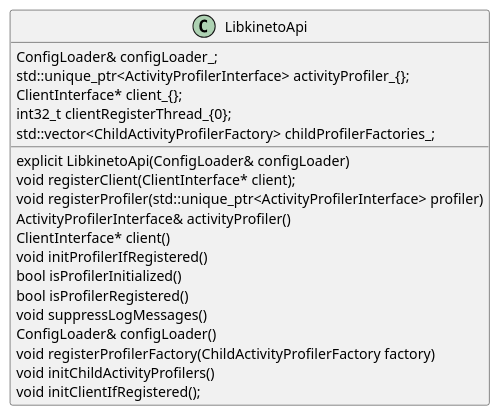
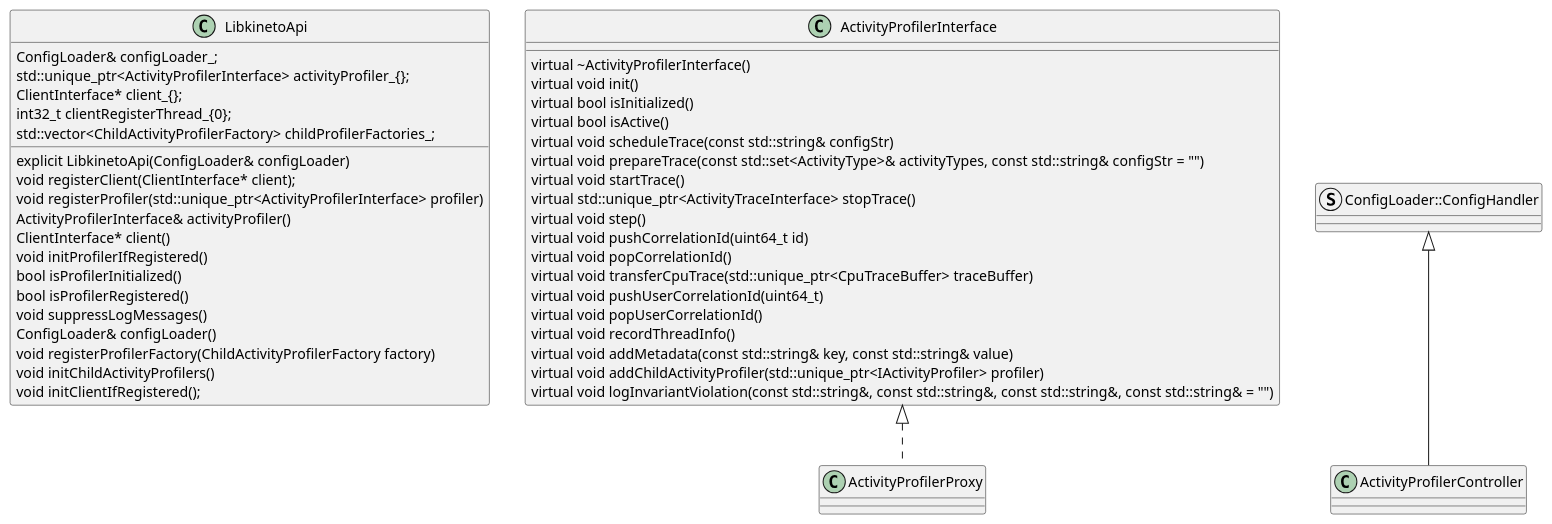
The diagram in libkineto/puml/profiler.puml (wubai/kineto), drawn with PlantUML before and after one commit.

```diff
--- a/libkineto/puml/profiler.puml
+++ b/libkineto/puml/profiler.puml
@@ -1,26 +1,57 @@
 @startuml
 'https://plantuml.com/class-diagram
 
 class LibkinetoApi {
     explicit LibkinetoApi(ConfigLoader& configLoader)
     void registerClient(ClientInterface* client);
     void registerProfiler(std::unique_ptr<ActivityProfilerInterface> profiler)
     ActivityProfilerInterface& activityProfiler()
     ClientInterface* client()
     void initProfilerIfRegistered()
     bool isProfilerInitialized()
     bool isProfilerRegistered()
     void suppressLogMessages()
     ConfigLoader& configLoader()
     void registerProfilerFactory(ChildActivityProfilerFactory factory)
     void initChildActivityProfilers()
     void initClientIfRegistered();
 
     ConfigLoader& configLoader_;
     std::unique_ptr<ActivityProfilerInterface> activityProfiler_{};
     ClientInterface* client_{};
     int32_t clientRegisterThread_{0};
     std::vector<ChildActivityProfilerFactory> childProfilerFactories_;
 }
 
+class ActivityProfilerInterface {
+  virtual ~ActivityProfilerInterface()
+  virtual void init()
+  virtual bool isInitialized()
+  virtual bool isActive()
+  virtual void scheduleTrace(const std::string& configStr)
+  virtual void prepareTrace(const std::set<ActivityType>& activityTypes, const std::string& configStr = "")
+  virtual void startTrace()
+  virtual std::unique_ptr<ActivityTraceInterface> stopTrace()
+  virtual void step()
+  virtual void pushCorrelationId(uint64_t id)
+  virtual void popCorrelationId()
+  virtual void transferCpuTrace(std::unique_ptr<CpuTraceBuffer> traceBuffer)
+  virtual void pushUserCorrelationId(uint64_t)
+  virtual void popUserCorrelationId()
+  virtual void recordThreadInfo()
+  virtual void addMetadata(const std::string& key, const std::string& value)
+  virtual void addChildActivityProfiler(std::unique_ptr<IActivityProfiler> profiler)
+  virtual void logInvariantViolation(const std::string&, const std::string&, const std::string&, const std::string& = "")
+}
+
+class ActivityProfilerProxy {
+}
+class ActivityProfilerProxy implements ActivityProfilerInterface
+
+struct ConfigLoader::ConfigHandler {
+}
+
+class ActivityProfilerController {
+}
+class ActivityProfilerController extends ConfigLoader::ConfigHandler
 @enduml
```
